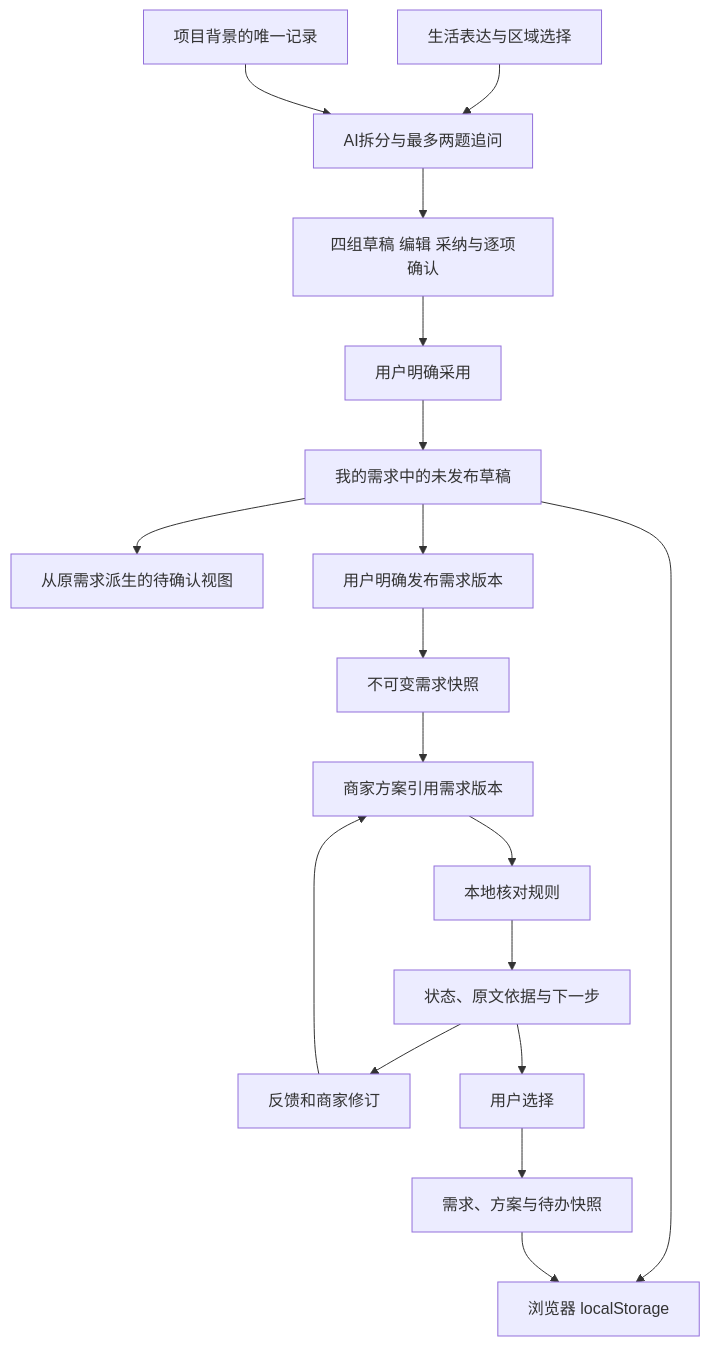
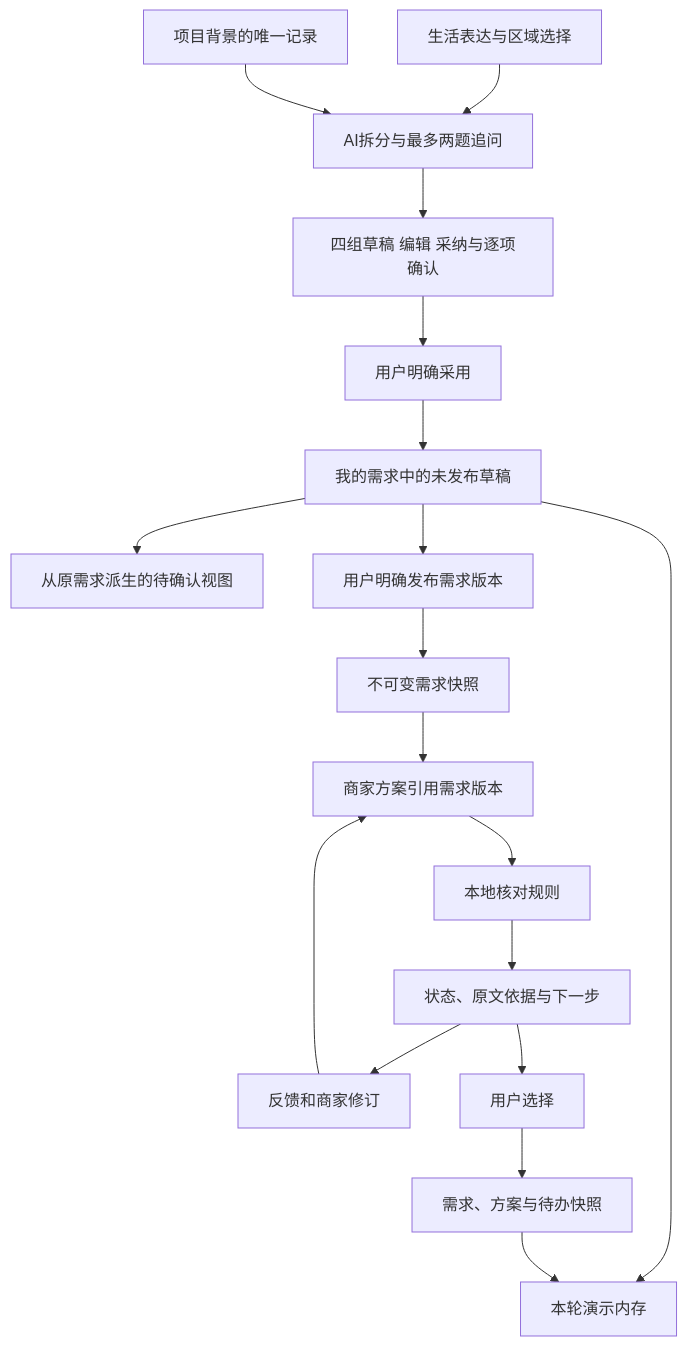
Before and after one commit to feifeifei686/bohack-project: the diagram in docs/architecture.md, drawn with Mermaid. The commit also changed other lines of this file and 2 other files, not shown here.

````diff
--- a/docs/architecture.md
+++ b/docs/architecture.md
@@ -43,20 +43,20 @@
 ```mermaid
 flowchart TD
     UI[生活表达与区域选择] --> AI[AI拆分与最多两题追问]
     AI --> Intake[四组草稿 编辑 采纳与逐项确认]
     Intake --> Adopt[用户明确采用]
     Adopt --> Draft[我的需求中的未发布草稿]
     Context[项目背景的唯一记录] --> AI
     Draft --> Pending[从原需求派生的待确认视图]
     Draft --> Publish[用户明确发布需求版本]
     Publish --> Snapshot[不可变需求快照]
     Snapshot --> Proposal[商家方案引用需求版本]
     Proposal --> Rules[本地核对规则]
     Rules --> Findings[状态、原文依据与下一步]
     Findings --> Revise[反馈和商家修订]
     Revise --> Proposal
     Findings --> Select[用户选择]
     Select --> Archive[需求、方案与待办快照]
-    Draft --> Storage[浏览器 localStorage]
+    Draft --> Storage[本轮演示内存]
     Archive --> Storage
 ```
````
